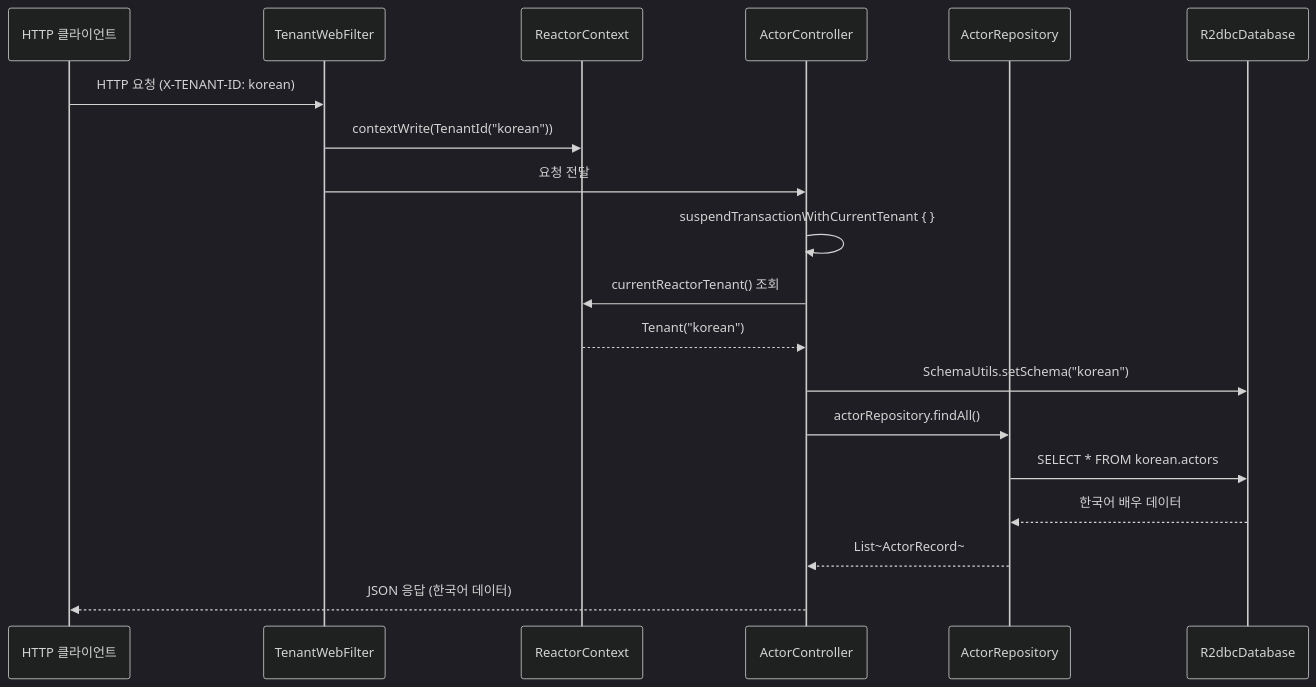
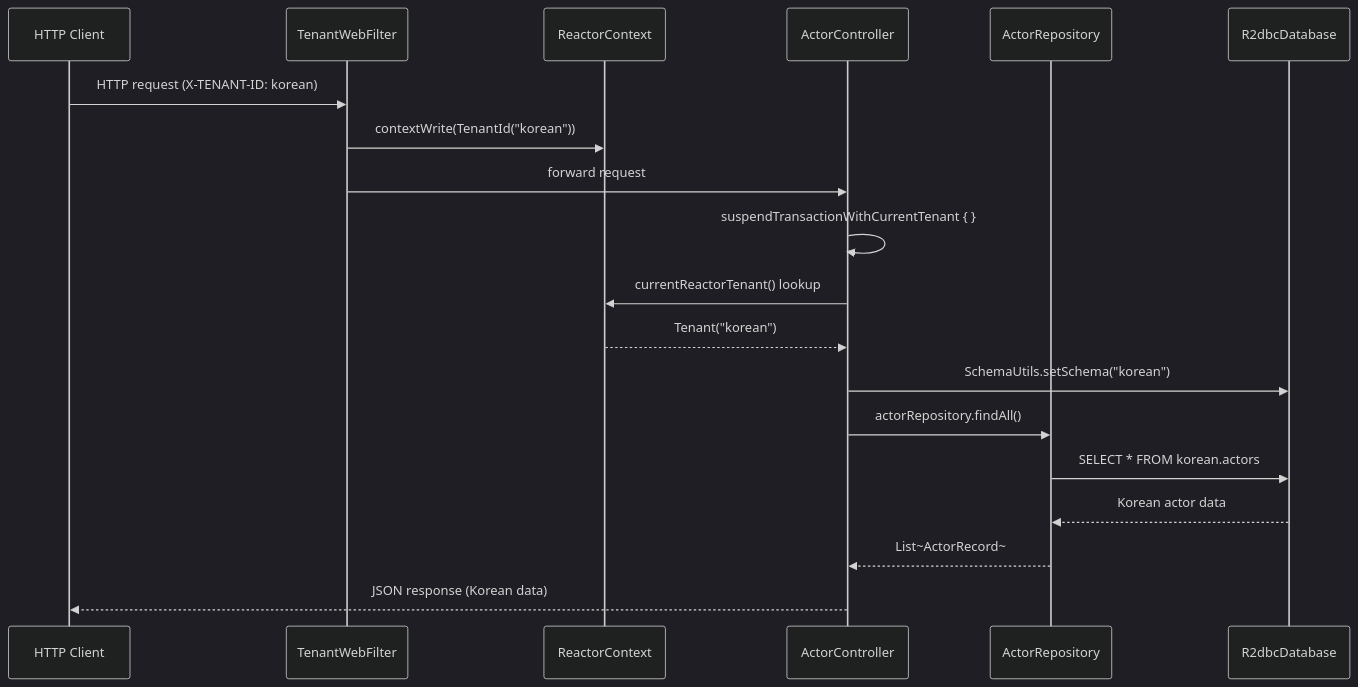
The first of 3 diagrams in 10-multi-tenant/03-multitenant-spring-webflux/README.md (bluetape4k/exposed-r2dbc-workshop), drawn with Mermaid (dark theme) before and after one commit. The commit also changed other lines of this file and 63 other files, not shown here.

First line of the commit message:
docs: 전 모듈 README Mermaid UML 추가 및 영/한 이중화

````diff
--- a/10-multi-tenant/03-multitenant-spring-webflux/README.md
+++ b/10-multi-tenant/03-multitenant-spring-webflux/README.md
@@ -58,21 +59,21 @@
 ```mermaid
 sequenceDiagram
-    participant Client as HTTP 클라이언트
+    participant Client as HTTP Client
     participant Filter as TenantWebFilter
     participant Ctx as ReactorContext
     participant Controller as ActorController
     participant Repo as ActorRepository
     participant DB as R2dbcDatabase
-    Client ->> Filter: HTTP 요청 (X-TENANT-ID: korean)
+    Client ->> Filter: HTTP request (X-TENANT-ID: korean)
     Filter ->> Ctx: contextWrite(TenantId("korean"))
-    Filter ->> Controller: 요청 전달
+    Filter ->> Controller: forward request
     Controller ->> Controller: suspendTransactionWithCurrentTenant { }
-    Controller ->> Ctx: currentReactorTenant() 조회
+    Controller ->> Ctx: currentReactorTenant() lookup
     Ctx -->> Controller: Tenant("korean")
     Controller ->> DB: SchemaUtils.setSchema("korean")
     Controller ->> Repo: actorRepository.findAll()
     Repo ->> DB: SELECT * FROM korean.actors
-    DB -->> Repo: 한국어 배우 데이터
+    DB -->> Repo: Korean actor data
     Repo -->> Controller: List~ActorRecord~
-    Controller -->> Client: JSON 응답 (한국어 데이터)
+    Controller -->> Client: JSON response (Korean data)
 ```
````
